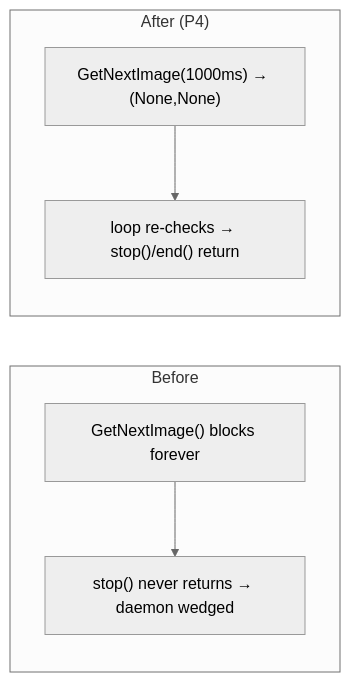
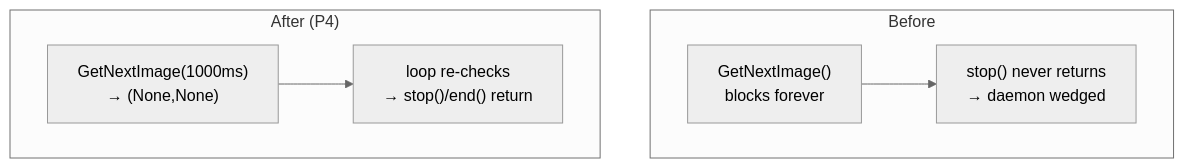
One commit to willi19/paradex changed the seventh of 7 diagrams in docs/camera_system.md. Above: the diagram before and after it, drawn with Mermaid (neutral theme). The commit also changed other lines of this file and 2 other files, not shown here.

Commit message:
docs(camera): make architecture/hang diagrams vertical (were too wide)

````diff
--- a/docs/camera_system.md
+++ b/docs/camera_system.md
@@ -256,9 +251,9 @@
 ```{mermaid}
-flowchart LR
+flowchart TB
     subgraph Before["Before"]
-      B1["GetNextImage() blocks forever"] --> B2["stop() never returns → daemon wedged"]
+      B1["GetNextImage()<br/>blocks forever"] --> B2["stop() never returns<br/>→ daemon wedged"]
     end
     subgraph After["After (P4)"]
-      A1["GetNextImage(1000ms) → (None,None)"] --> A2["loop re-checks → stop()/end() return"]
+      A1["GetNextImage(1000ms)<br/>→ (None,None)"] --> A2["loop re-checks<br/>→ stop()/end() return"]
     end
 ```
````
